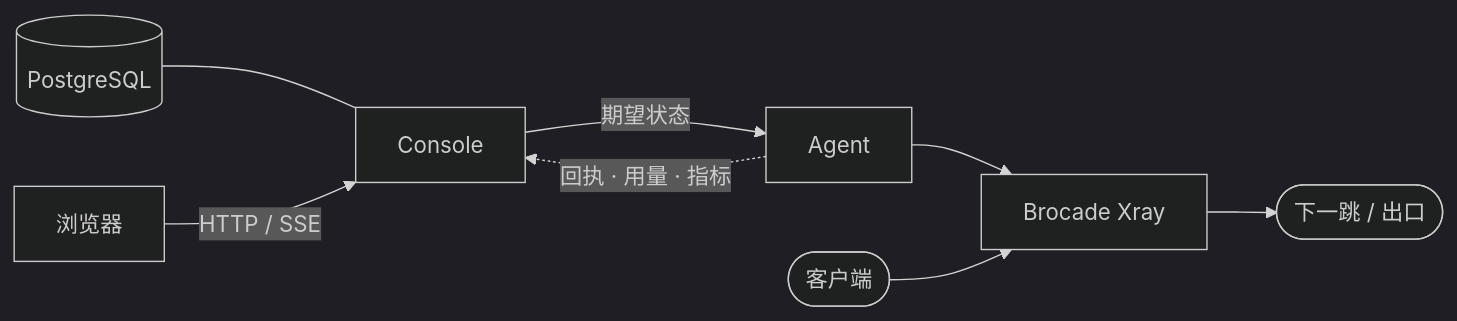
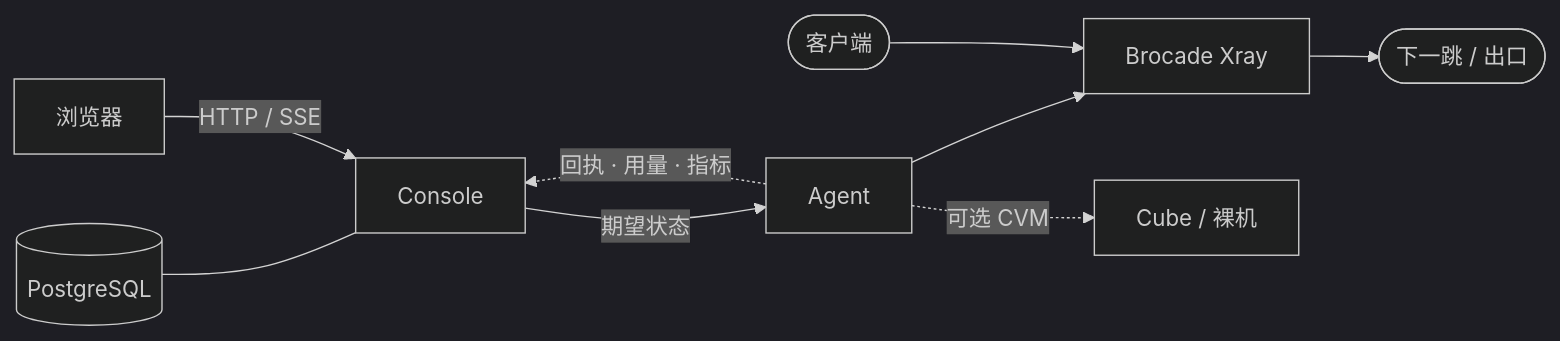
Before and after one commit to akiasprin/brocade: the diagram in README.md, drawn with Mermaid (dark theme). The commit also changed other lines of this file and 2 other files, not shown here.

First line of the commit message:
docs: redesign README with architecture overview and console previews

````diff
--- a/README.md
+++ b/README.md
@@ -23,9 +177,10 @@
 ```mermaid
 flowchart LR
     db[(PostgreSQL)] --- console[Console]
     browser[浏览器] -->|HTTP / SSE| console
     console -->|期望状态| agent[Agent]
     agent -.->|回执 · 用量 · 指标| console
     agent --> xray[Brocade Xray]
+    agent -.->|可选 CVM| cube[Cube / 裸机]
     client([客户端]) --> xray --> next([下一跳 / 出口])
 ```
````
